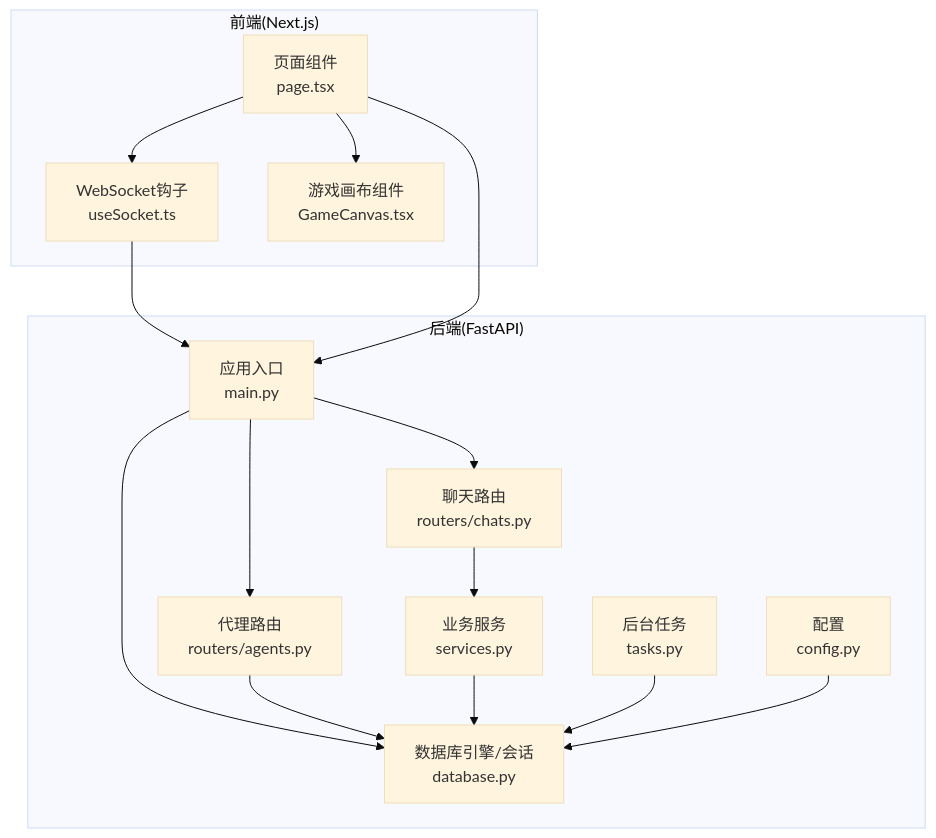
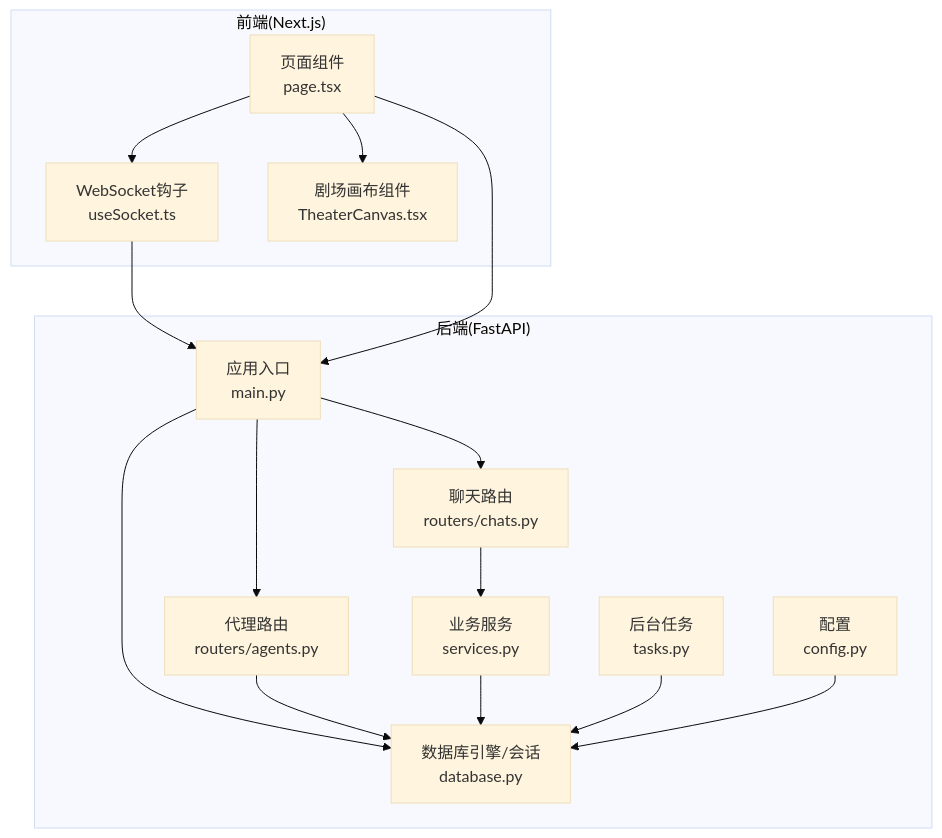
Before and after one commit to KunLabAI/KunFlix: the first of 6 diagrams in .qoder/repowiki/zh/content/部署指南/监控告警/应用性能监控.md, drawn with Mermaid (base theme). The commit also changed other lines of this file and 112 other files, not shown here.

````diff
--- a/.qoder/repowiki/zh/content/部署指南/监控告警/应用性能监控.md
+++ b/.qoder/repowiki/zh/content/部署指南/监控告警/应用性能监控.md
@@ -38,29 +38,29 @@
 ```mermaid
 graph TB
 subgraph "前端(Next.js)"
 FE_Page["页面组件<br/>page.tsx"]
 FE_Socket["WebSocket钩子<br/>useSocket.ts"]
-FE_Canvas["游戏画布组件<br/>GameCanvas.tsx"]
+FE_Canvas["剧场画布组件<br/>TheaterCanvas.tsx"]
 end
 subgraph "后端(FastAPI)"
 BE_Main["应用入口<br/>main.py"]
 BE_DB["数据库引擎/会话<br/>database.py"]
 BE_Router_Chats["聊天路由<br/>routers/chats.py"]
 BE_Router_Agents["代理路由<br/>routers/agents.py"]
 BE_Services["业务服务<br/>services.py"]
 BE_Tasks["后台任务<br/>tasks.py"]
 BE_Config["配置<br/>config.py"]
 end
 FE_Page --> FE_Socket
 FE_Page --> FE_Canvas
 FE_Socket --> BE_Main
 FE_Page --> BE_Main
 BE_Main --> BE_DB
 BE_Main --> BE_Router_Chats
 BE_Main --> BE_Router_Agents
 BE_Router_Chats --> BE_Services
 BE_Router_Agents --> BE_DB
 BE_Services --> BE_DB
 BE_Tasks --> BE_DB
 BE_Config --> BE_DB
 ```
````
